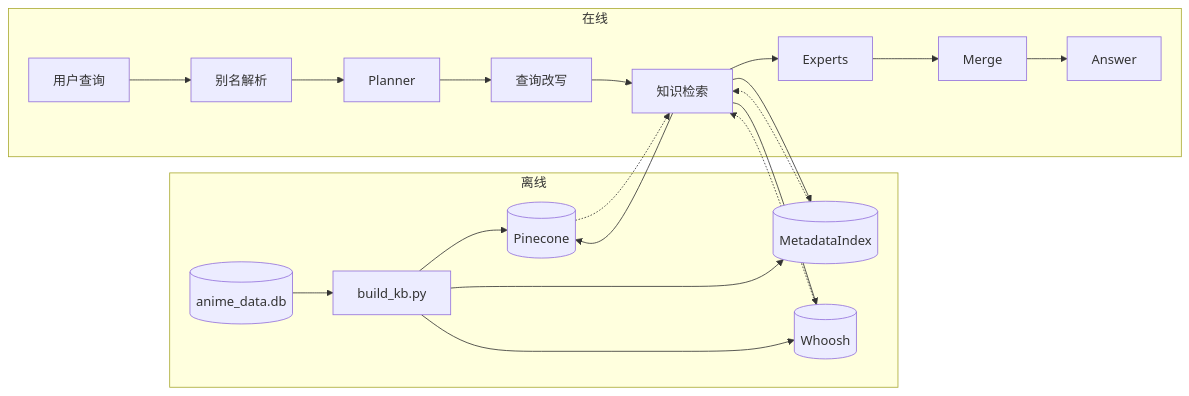
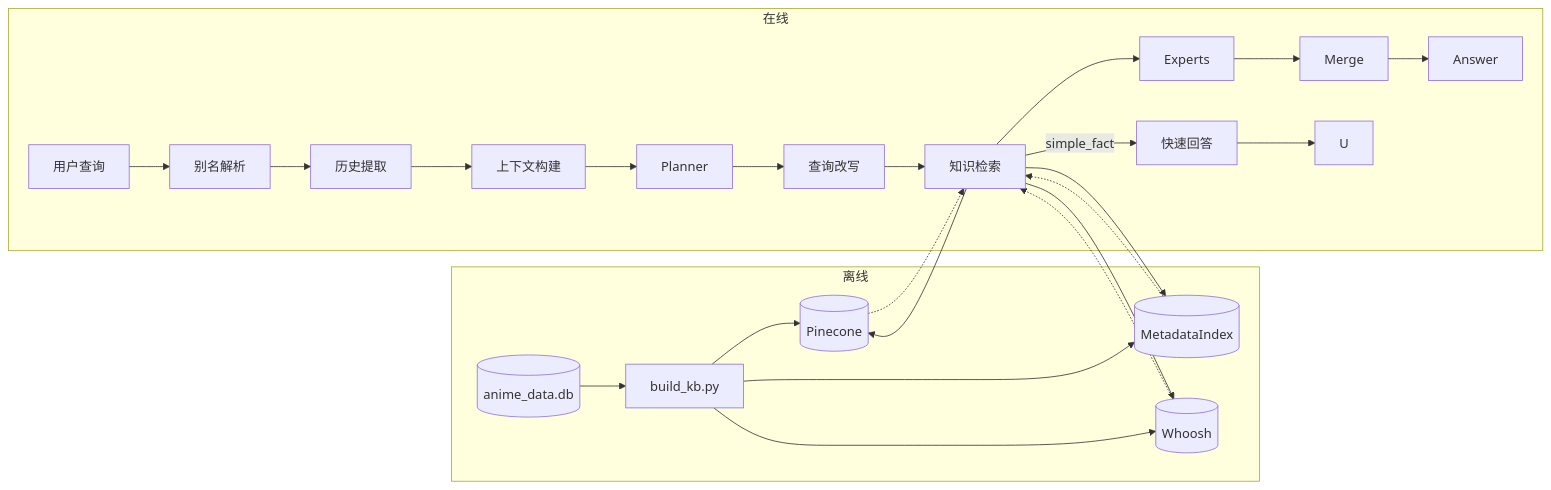
One commit to AKArrok/AniGraph changed the third of 5 diagrams in .trae/documents/project-summary.md. Above: the diagram before and after it, drawn with Mermaid. The commit also changed other lines of this file and 34 other files, not shown here.

````diff
--- a/.trae/documents/project-summary.md
+++ b/.trae/documents/project-summary.md
@@ -142,22 +149,26 @@
 ```mermaid
 flowchart LR
     subgraph 离线
         DB[(anime_data.db)] --> KB[build_kb.py]
         KB --> P[(Pinecone)]
         KB --> MI[(MetadataIndex)]
         KB --> W[(Whoosh)]
     end
 
     subgraph 在线
         Q[用户查询] --> AR[别名解析]
-        AR --> PL[Planner]
+        AR --> HE[历史提取]
+        HE --> CB[上下文构建]
+        CB --> PL[Planner]
         PL --> QP[查询改写]
         QP --> KR[知识检索]
         KR --> MI & P & W
+        KR -->|simple_fact| SF[快速回答]
         KR --> EX[Experts]
         EX --> MG[Merge]
         MG --> AN[Answer]
+        SF --> U
     end
 
     MI & P & W -.-> KR
 ```
````
